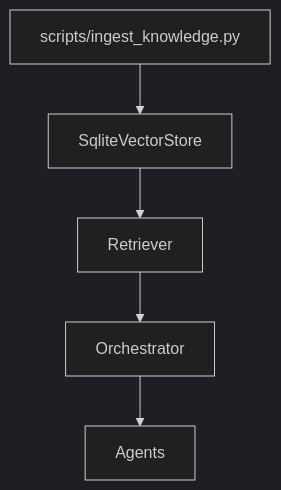
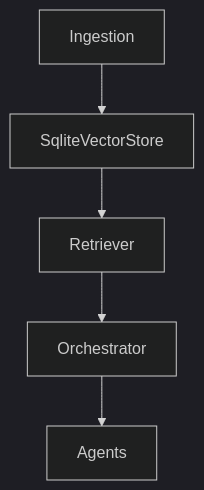
One commit to chethanp11/master changed the ninth of 10 diagrams in docs/core_architecture.md. Above: the diagram before and after it, drawn with Mermaid (dark theme). The commit also changed other lines of this file and 71 other files, not shown here.

````diff
--- a/docs/core_architecture.md
+++ b/docs/core_architecture.md
@@ -395,7 +391,7 @@
 ```mermaid
 flowchart TB
-  Ingest[scripts/ingest_knowledge.py] --> Store[SqliteVectorStore]
+  Ingest[Ingestion] --> Store[SqliteVectorStore]
   Store --> Retriever[Retriever]
   Retriever --> Orchestrator
   Orchestrator --> Agents
 ```
````
